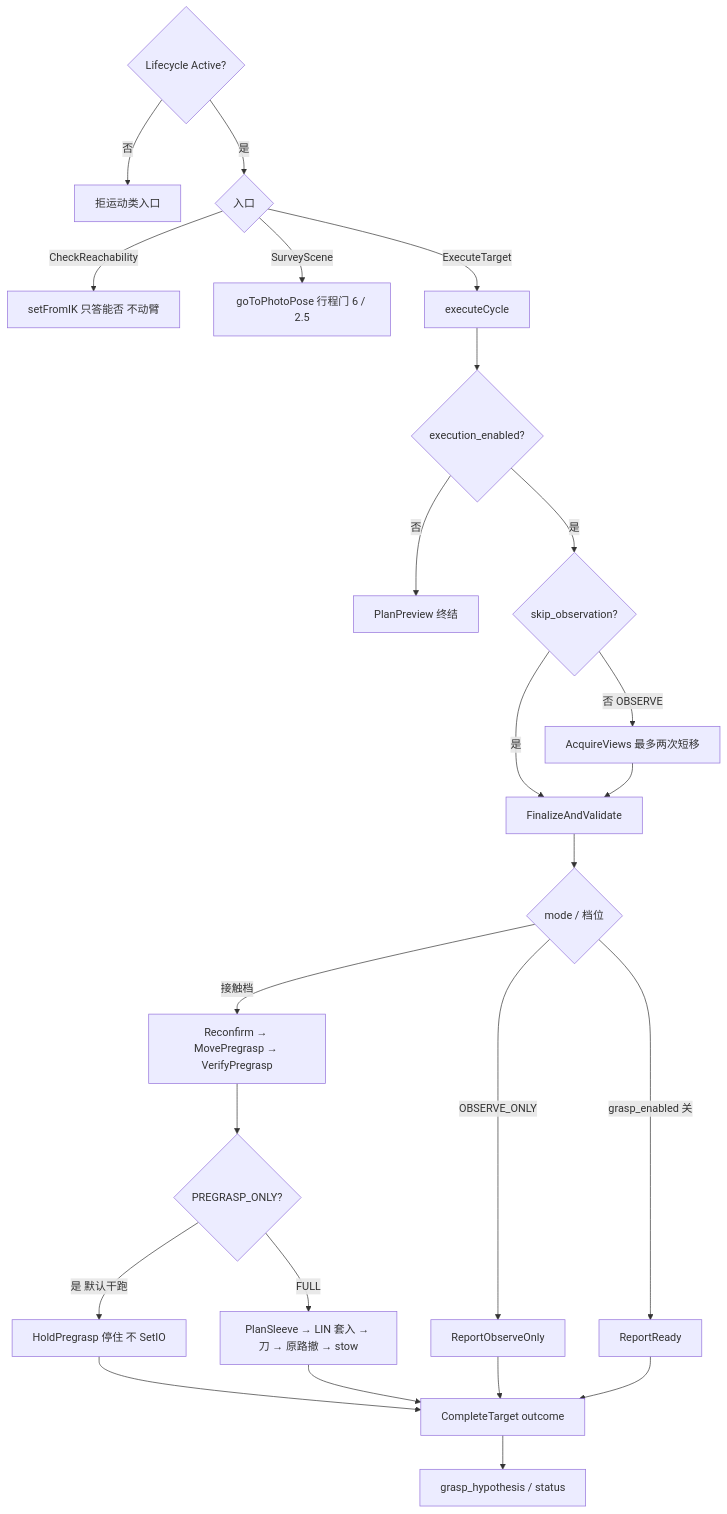
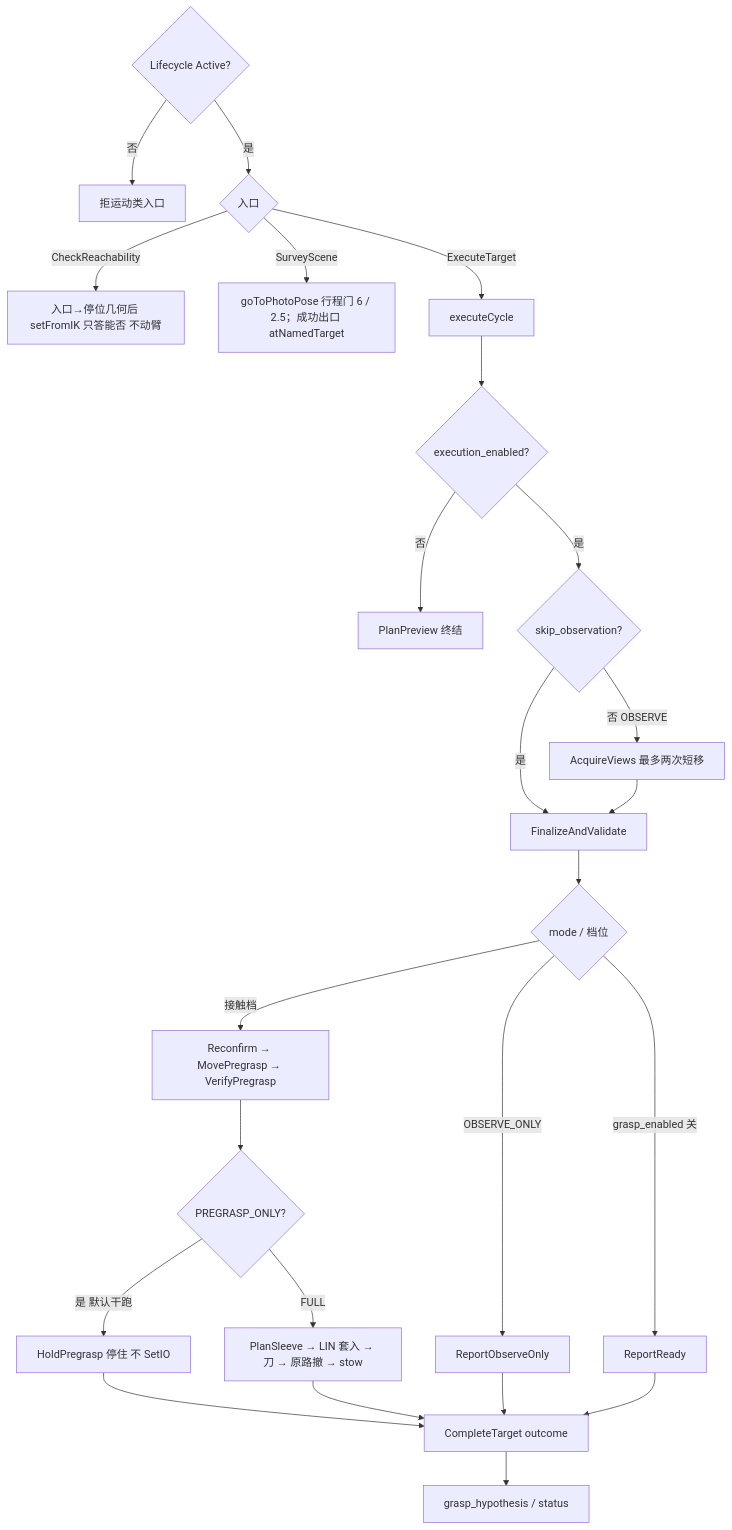
The sixth of 10 diagrams in docs/io.md (MUHAN11-c/aubo_boot), drawn with Mermaid before and after one commit. The commit also changed other lines of this file and 56 other files, not shown here.

````diff
--- a/docs/io.md
+++ b/docs/io.md
@@ -305,27 +306,27 @@
 ```mermaid
 flowchart TB
   act{"Lifecycle Active?"}
   act -->|否| idle["拒运动类入口"]
   act -->|是| src{"入口"}
-  src -->|CheckReachability| ik["setFromIK 只答能否 不动臂"]
-  src -->|SurveyScene| photo["goToPhotoPose 行程门 6 / 2.5"]
+  src -->|CheckReachability| ik["入口→停位几何后 setFromIK 只答能否 不动臂"]
+  src -->|SurveyScene| photo["goToPhotoPose 行程门 6 / 2.5；成功出口 atNamedTarget"]
   src -->|ExecuteTarget| cycle["executeCycle"]
   cycle --> en{"execution_enabled?"}
   en -->|否| preview["PlanPreview 终结"]
   en -->|是| skip{"skip_observation?"}
   skip -->|否 OBSERVE| views["AcquireViews 最多两次短移"]
   skip -->|是| fin["FinalizeAndValidate"]
   views --> fin
   fin --> mode{"mode / 档位"}
   mode -->|OBSERVE_ONLY| repO["ReportObserveOnly"]
   mode -->|grasp_enabled 关| repR["ReportReady"]
   mode -->|接触档| rec["Reconfirm → MovePregrasp → VerifyPregrasp"]
   rec --> pg{"PREGRASP_ONLY?"}
   pg -->|是 默认干跑| hold["HoldPregrasp 停住 不 SetIO"]
   pg -->|FULL| sleeve["PlanSleeve → LIN 套入 → 刀 → 原路撤 → stow"]
   hold --> done["CompleteTarget outcome"]
   sleeve --> done
   repO --> done
   repR --> done
   done --> hyp["grasp_hypothesis / status"]
 ```
````
